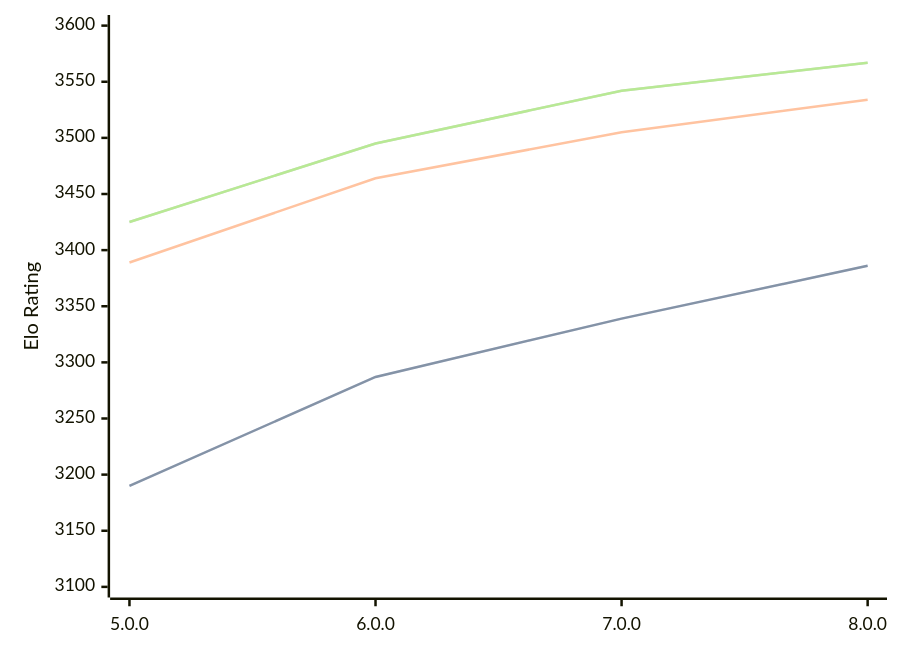
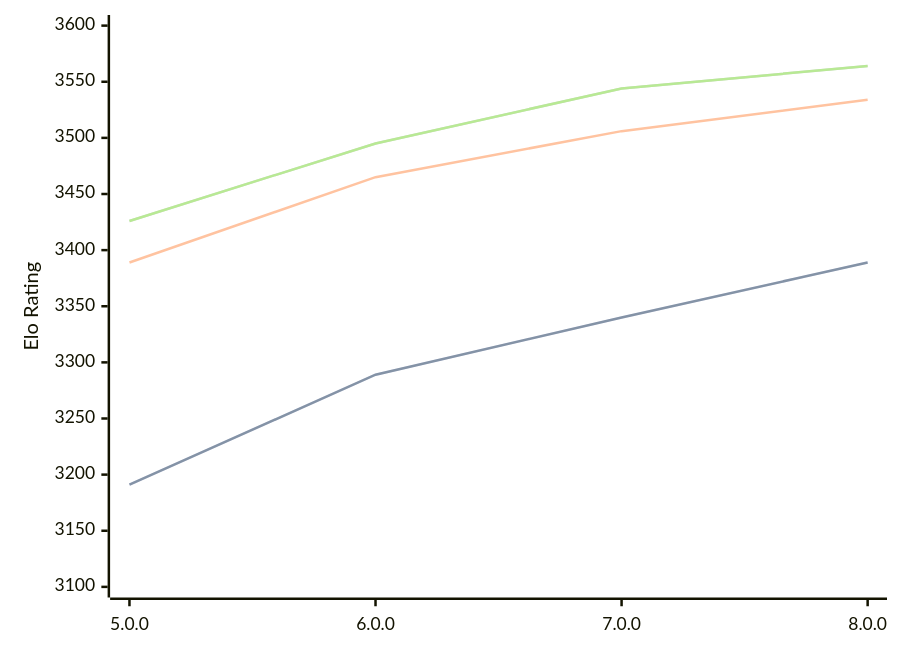
One commit to computer-chess-index/cci changed the first of 3 diagrams in engines/Stormphrax.md. Above: the diagram before and after it, drawn with Mermaid. The commit also changed other lines of this file, not shown here.

Commit message:
Update CCI Ratings (ELO VLTC) - 2026-07-13

````diff
--- a/engines/Stormphrax.md
+++ b/engines/Stormphrax.md
@@ -39,11 +39,11 @@
 ```mermaid
 %%{init: {"theme":"base","themeVariables":{"seriesColors:['#a3a3a3','#222221','#faa371']}}}%%
 xychart-beta
   x-axis ["5.0.0", "6.0.0", "7.0.0", "8.0.0"]
   y-axis "Elo Rating" 3100 --> 3600
-  line "STC (8.0+0.08s)" [3190, 3287, 3339, 3386]
-  line "STC (8.0+0.08s)" [3190, 3287, 3339, 3386]
-  line "LTC (60.0+0.60s)" [3389, 3464, 3505, 3534]
-  line "VLTC (2m24s+1.12s)" [3425, 3495, 3542, 3567]
-  line "VLTC (2m24s+1.12s)" [3425, 3495, 3542, 3567]
+  line "STC (8.0+0.08s)" [3191, 3289, 3340, 3389]
+  line "STC (8.0+0.08s)" [3191, 3289, 3340, 3389]
+  line "LTC (60.0+0.60s)" [3389, 3465, 3506, 3534]
+  line "VLTC (2m24s+1.12s)" [3426, 3495, 3544, 3564]
+  line "VLTC (2m24s+1.12s)" [3426, 3495, 3544, 3564]
 ```
````
